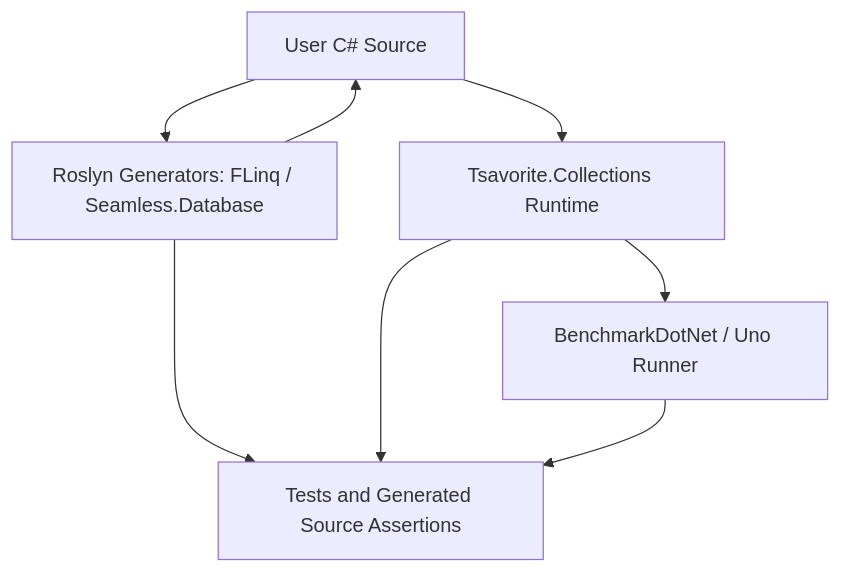
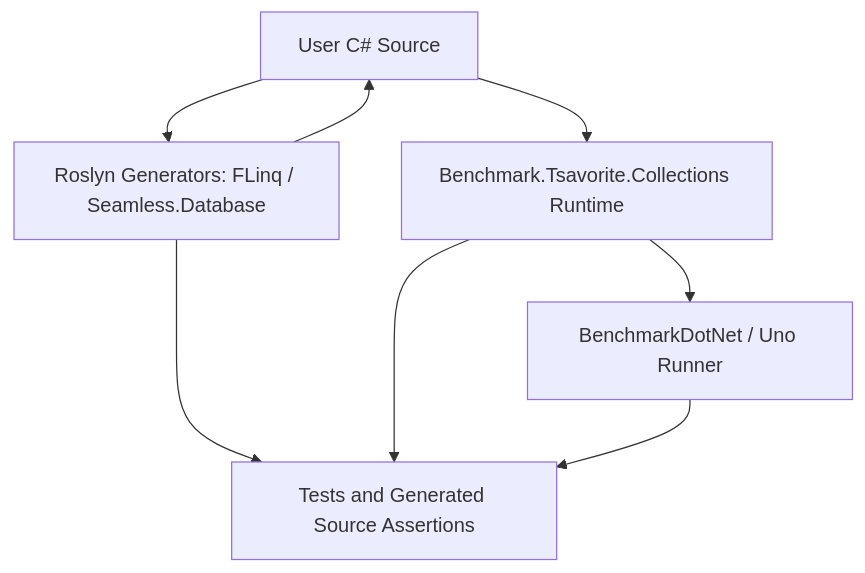
The diagram in Document/Code/Concept/CoreArchitecturePattern.md (AloneCraft/Seamless), drawn with Mermaid before and after one commit. The commit also changed other lines of this file and 198 other files, not shown here.

````diff
--- a/Document/Code/Concept/CoreArchitecturePattern.md
+++ b/Document/Code/Concept/CoreArchitecturePattern.md
@@ -21,16 +21,16 @@
 ```mermaid
 flowchart TD
     Source[User C# Source]
     Generator[Roslyn Generators: FLinq / Seamless.Database]
-    Runtime[Tsavorite.Collections Runtime]
+    Runtime[Benchmark.Tsavorite.Collections Runtime]
     Tests[Tests and Generated Source Assertions]
     Bench[BenchmarkDotNet / Uno Runner]
 
     Source --> Generator
     Generator --> Source
     Source --> Runtime
     Runtime --> Bench
     Generator --> Tests
     Runtime --> Tests
     Bench --> Tests
 ```
````
